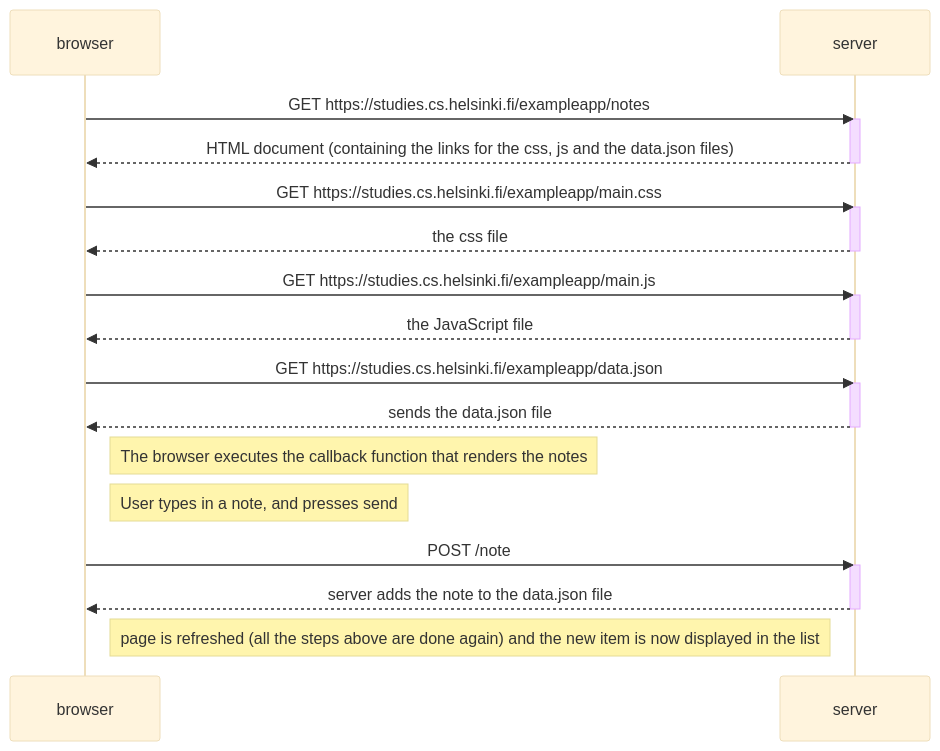
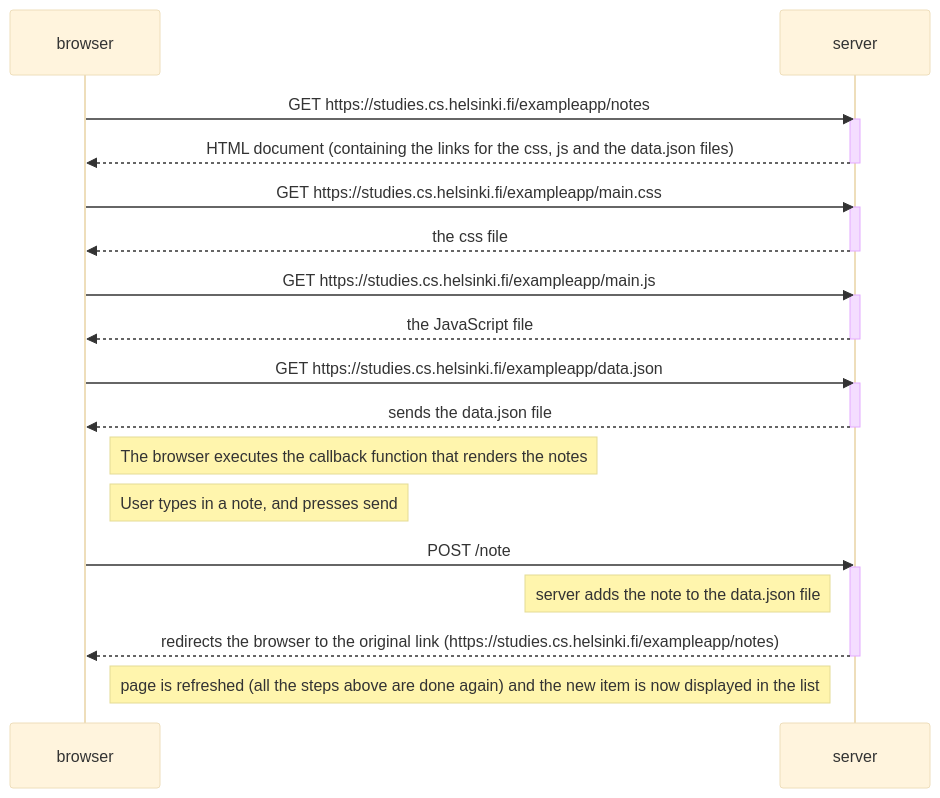
The diagram in 0,4.md (SUliashev/Full_stack_open), drawn with Mermaid (base theme) before and after one commit.

````diff
--- a/0,4.md
+++ b/0,4.md
@@ -1,36 +1,37 @@
 ```mermaid
 sequenceDiagram
     participant browser
     participant server
 
     browser->>server: GET https://studies.cs.helsinki.fi/exampleapp/notes
     activate server
     server-->>browser: HTML document (containing the links for the css, js and the data.json files)
     deactivate server
 
     browser->>server: GET https://studies.cs.helsinki.fi/exampleapp/main.css
     activate server
     server-->>browser: the css file
     deactivate server
 
     browser->>server: GET https://studies.cs.helsinki.fi/exampleapp/main.js
     activate server
     server-->>browser: the JavaScript file
     deactivate server
 
     browser->>server: GET https://studies.cs.helsinki.fi/exampleapp/data.json
     activate server
     server-->>browser: sends the data.json file
     deactivate server
 
     Note right of browser: The browser executes the callback function that renders the notes
     
     Note right of browser: User types in a note, and presses send 
     
     browser->>server: POST  /note 
     activate server
-    server-->>browser: server adds the note to the data.json file
+    Note left of server: server adds the note to the data.json file
+    server-->>browser: redirects the browser to the original link (https://studies.cs.helsinki.fi/exampleapp/notes)
     deactivate server
     
     Note right of browser: page is refreshed (all the steps above are done again) and the new item is now displayed in the list
 ```
````
